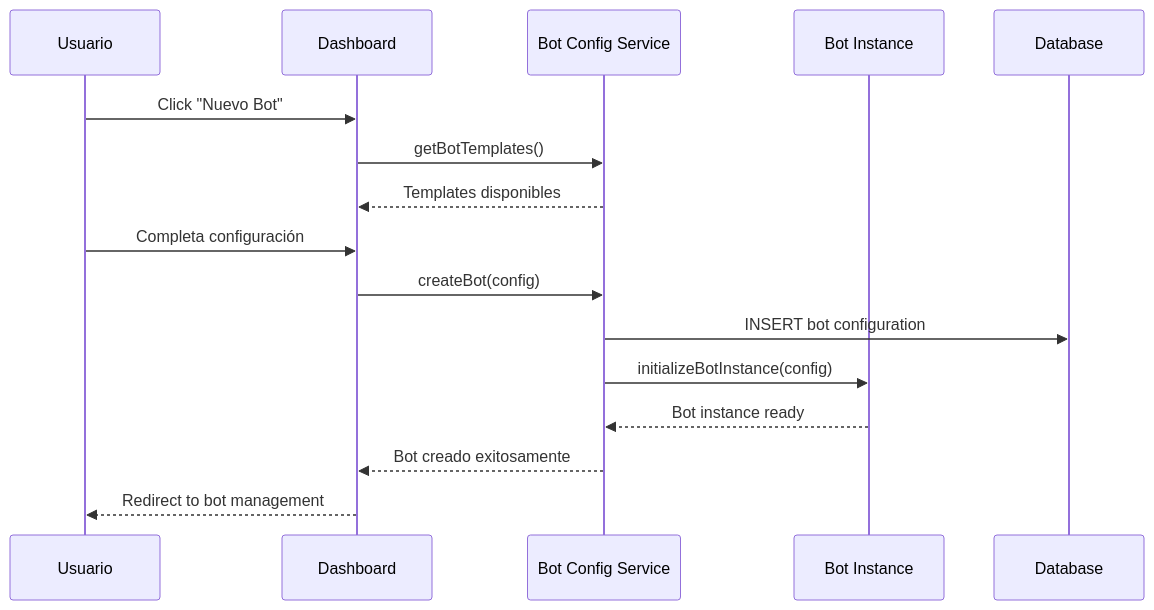
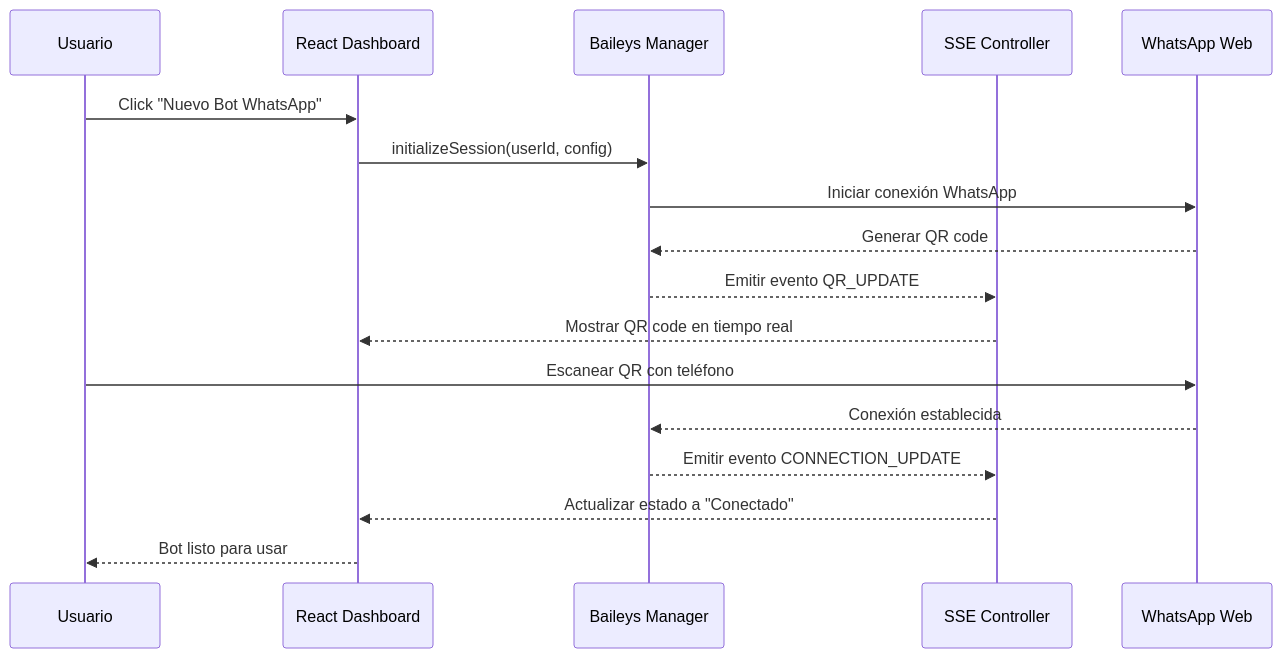
The sixth of 7 diagrams in client_journey_flow.md (da4vid864/bots), drawn with Mermaid before and after one commit. The commit also changed other lines of this file and 39 other files, not shown here.

````diff
--- a/client_journey_flow.md
+++ b/client_journey_flow.md
@@ -164,19 +177,20 @@
 ```mermaid
 sequenceDiagram
     participant U as Usuario
-    participant D as Dashboard
-    participant B as Bot Config Service
-    participant I as Bot Instance
-    participant DB as Database
+    participant R as React Dashboard
+    participant B as Baileys Manager
+    participant S as SSE Controller
+    participant W as WhatsApp Web
 
-    U->>D: Click "Nuevo Bot"
-    D->>B: getBotTemplates()
-    B-->>D: Templates disponibles
-    U->>D: Completa configuración
-    D->>B: createBot(config)
-    B->>DB: INSERT bot configuration
-    B->>I: initializeBotInstance(config)
-    I-->>B: Bot instance ready
-    B-->>D: Bot creado exitosamente
-    D-->>U: Redirect to bot management
+    U->>R: Click "Nuevo Bot WhatsApp"
+    R->>B: initializeSession(userId, config)
+    B->>W: Iniciar conexión WhatsApp
+    W-->>B: Generar QR code
+    B-->>S: Emitir evento QR_UPDATE
+    S-->>R: Mostrar QR code en tiempo real
+    U->>W: Escanear QR con teléfono
+    W-->>B: Conexión establecida
+    B-->>S: Emitir evento CONNECTION_UPDATE
+    S-->>R: Actualizar estado a "Conectado"
+    R-->>U: Bot listo para usar
 ```
````
